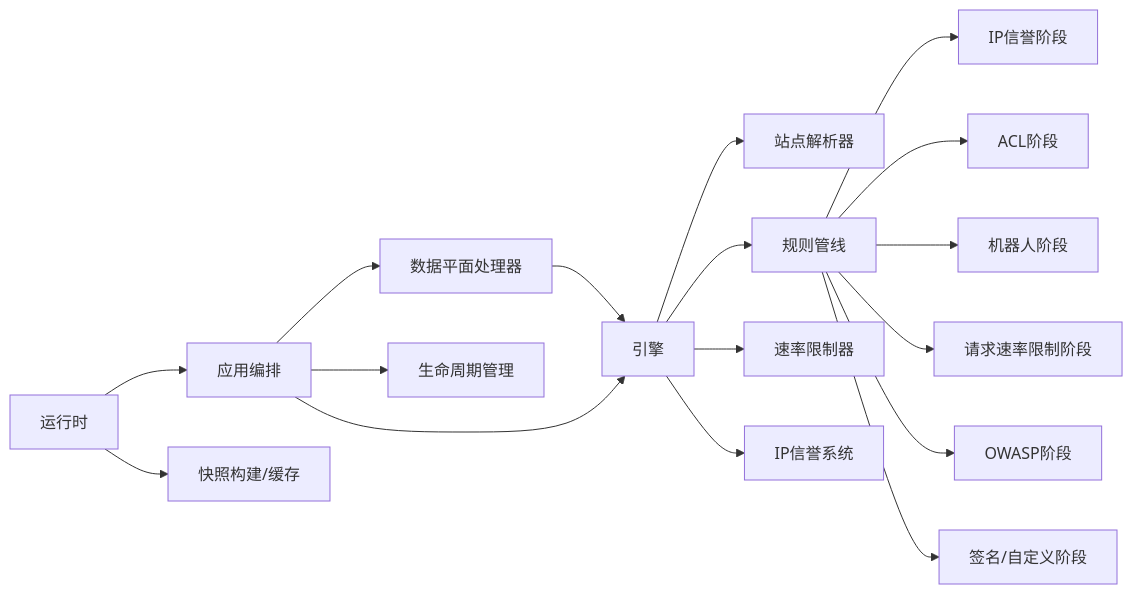
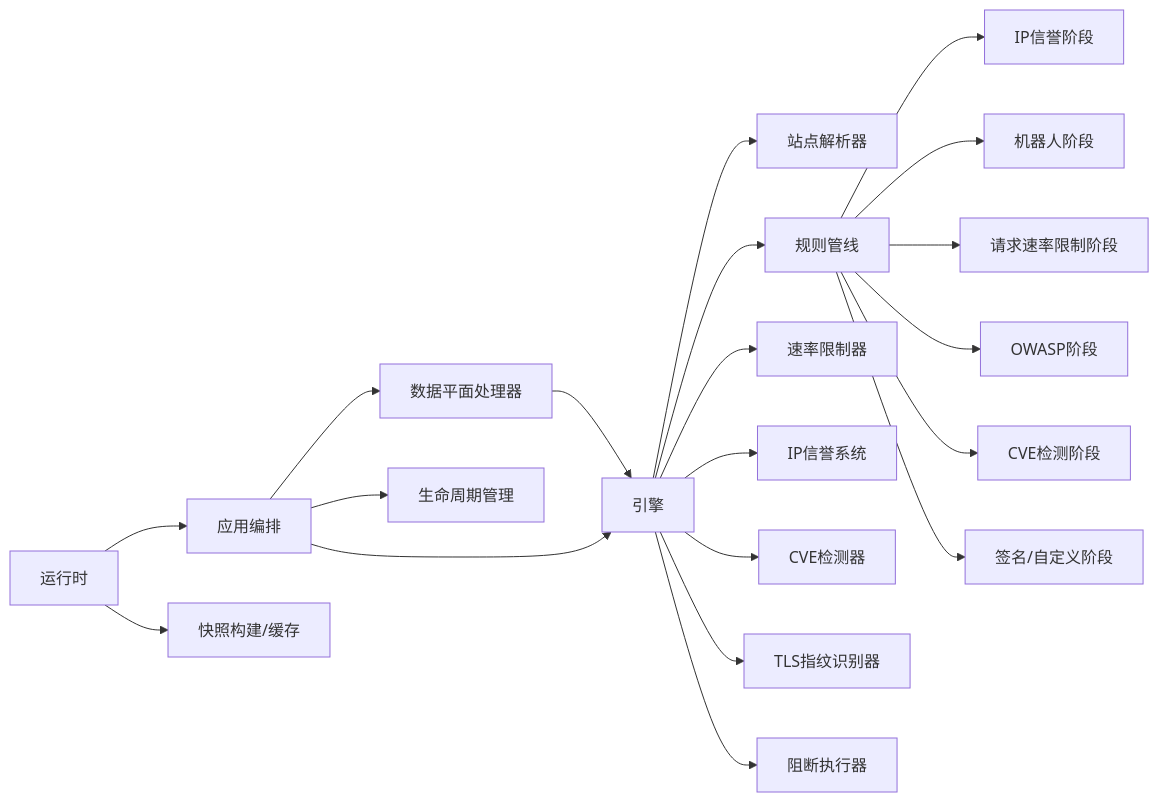
Before and after one commit to x01n/My-OpenWaf: diagram 12 of 12 in docs/WAF 引擎系统/引擎核心架构.md, drawn with Mermaid. The commit also changed other lines of this file and 51 other files, not shown here.

````diff
--- a/docs/WAF 引擎系统/引擎核心架构.md
+++ b/docs/WAF 引擎系统/引擎核心架构.md
@@ -377,19 +593,22 @@
 ```mermaid
 graph LR
 DP["数据平面处理器"] --> ENG["引擎"]
 ENG --> RES["站点解析器"]
 ENG --> PIPE["规则管线"]
 PIPE --> PH1["IP信誉阶段"]
-PIPE --> PH2["ACL阶段"]
-PIPE --> PH3["机器人阶段"]
-PIPE --> PH4["请求速率限制阶段"]
-PIPE --> PH5["OWASP阶段"]
+PIPE --> PH2["机器人阶段"]
+PIPE --> PH3["请求速率限制阶段"]
+PIPE --> PH4["OWASP阶段"]
+PIPE --> PH5["CVE检测阶段"]
 PIPE --> PH6["签名/自定义阶段"]
 ENG --> RL["速率限制器"]
 ENG --> IR["IP信誉系统"]
+ENG --> CVE["CVE检测器"]
+ENG --> FP["TLS指纹识别器"]
+ENG --> DE["阻断执行器"]
 APP["应用编排"] --> DP
 APP --> ENG
 APP --> LIFE["生命周期管理"]
 RUNTIME["运行时"] --> APP
 RUNTIME --> SNAP["快照构建/缓存"]
 ```
````
